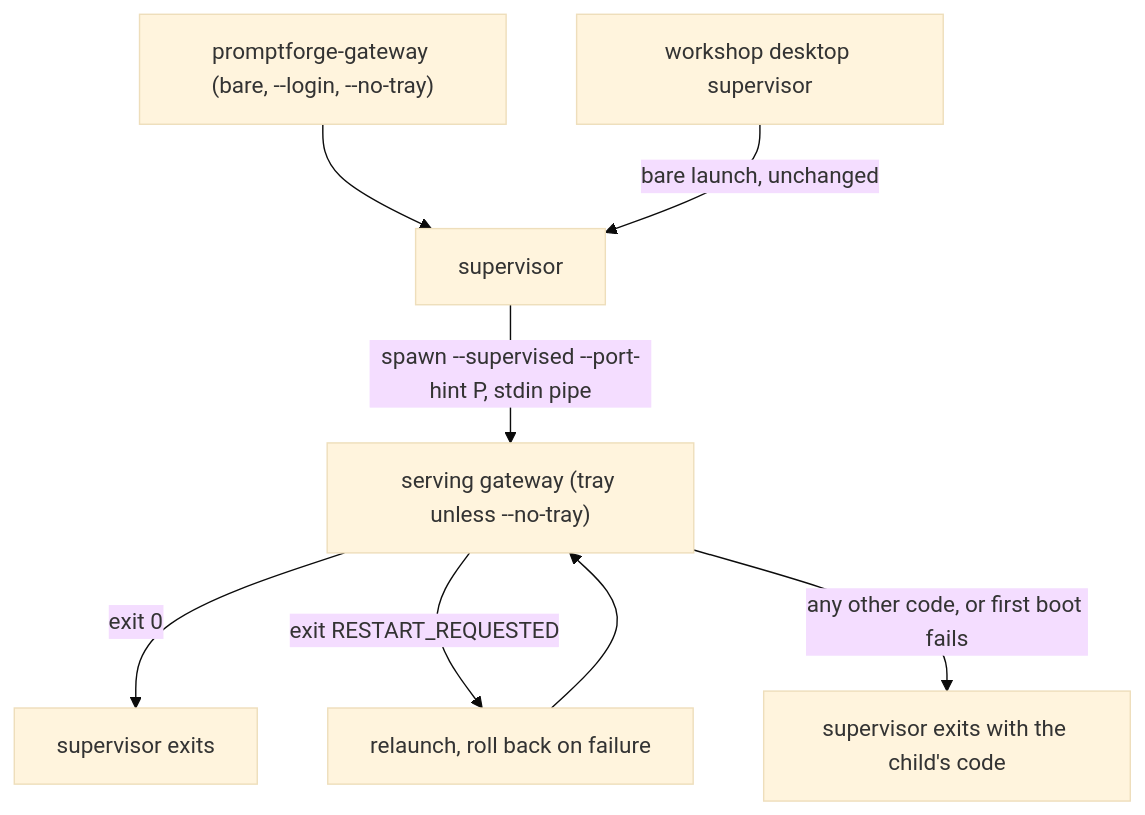
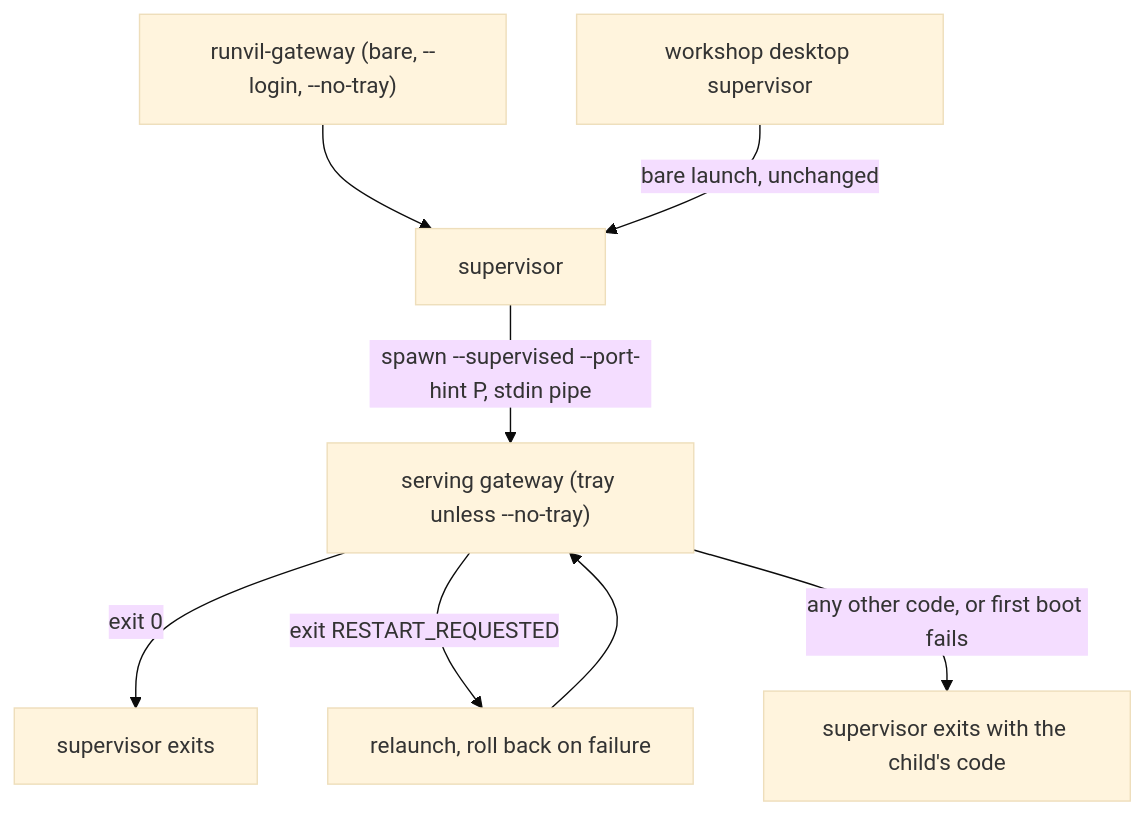
The first of 2 diagrams in vibe/2026-10/2026-10-06-1-restart-to-apply.md (cppalliance/promptforge), drawn with Mermaid (base theme) before and after one commit. The commit also changed other lines of this file and 1573 other files, not shown here.

````diff
--- a/vibe/2026-10/2026-10-06-1-restart-to-apply.md
+++ b/vibe/2026-10/2026-10-06-1-restart-to-apply.md
@@ -63,10 +63,10 @@
 ```mermaid
 flowchart TD
-    Launch["promptforge-gateway (bare, --login, --no-tray)"] --> Sup[supervisor]
+    Launch["runvil-gateway (bare, --login, --no-tray)"] --> Sup[supervisor]
     Desktop[workshop desktop supervisor] -->|"bare launch, unchanged"| Sup
     Sup -->|"spawn --supervised --port-hint P, stdin pipe"| Child["serving gateway (tray unless --no-tray)"]
     Child -->|"exit 0"| SupExit[supervisor exits]
     Child -->|"exit RESTART_REQUESTED"| Restart[relaunch, roll back on failure]
     Child -->|"any other code, or first boot fails"| Exit[supervisor exits with the child's code]
     Restart --> Child
 ```
````
